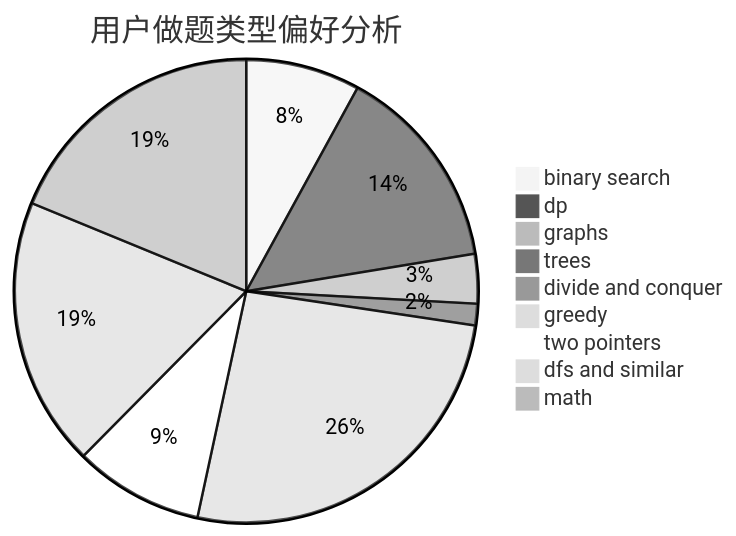
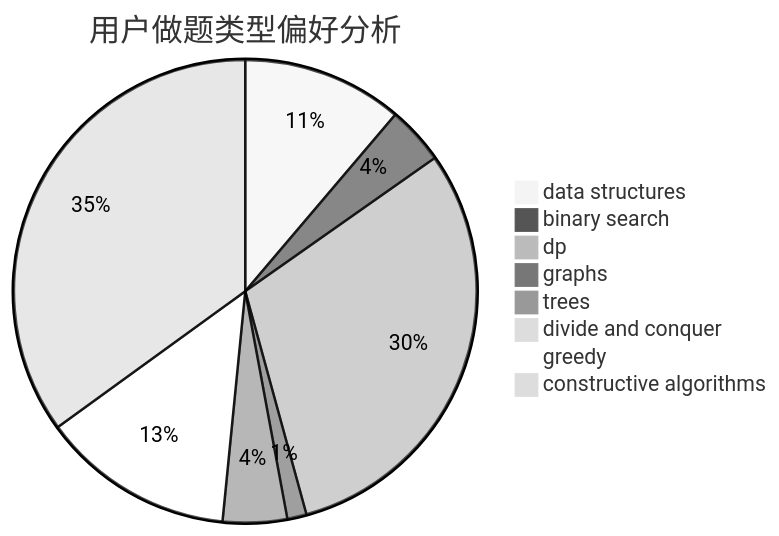
Before and after one commit to sherpahu/cfrs.github.io: the second of 3 diagrams in docs/user/u2467.md, drawn with Mermaid (neutral theme). The commit also changed other lines of this file and 2775 other files, not shown here.

````diff
--- a/docs/user/u2467.md
+++ b/docs/user/u2467.md
@@ -23,12 +23,11 @@
 ```mermaid
 pie title 用户做题类型偏好分析
-    "binary search" :  53
-    "dp" :  96
-    "graphs" :  23
+    "data structures" :  25
+    "binary search" :  9
+    "dp" :  68
+    "graphs" :  3
     "trees" :  10
     "divide and conquer" :  0
-    "greedy" :  173
-    "two pointers" :  60
-    "dfs and similar" :  125
-    "math" :  125
+    "greedy" :  30
+    "constructive algorithms" :  78
 ```
````
